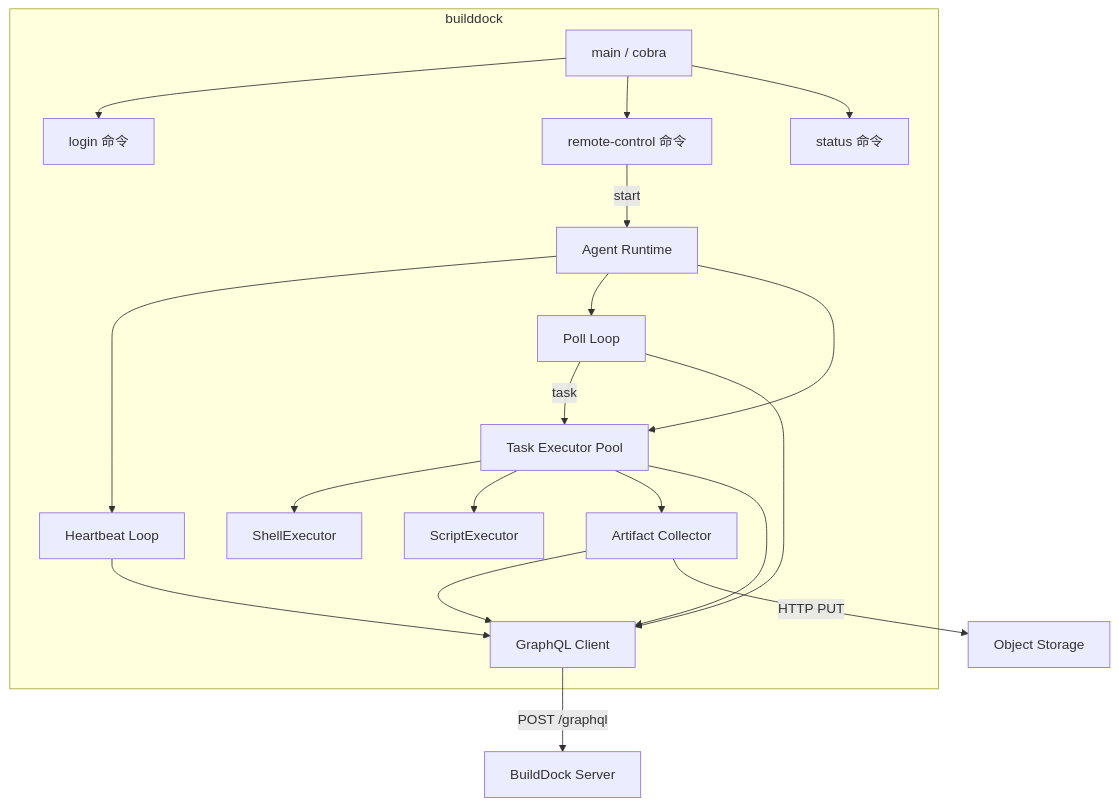
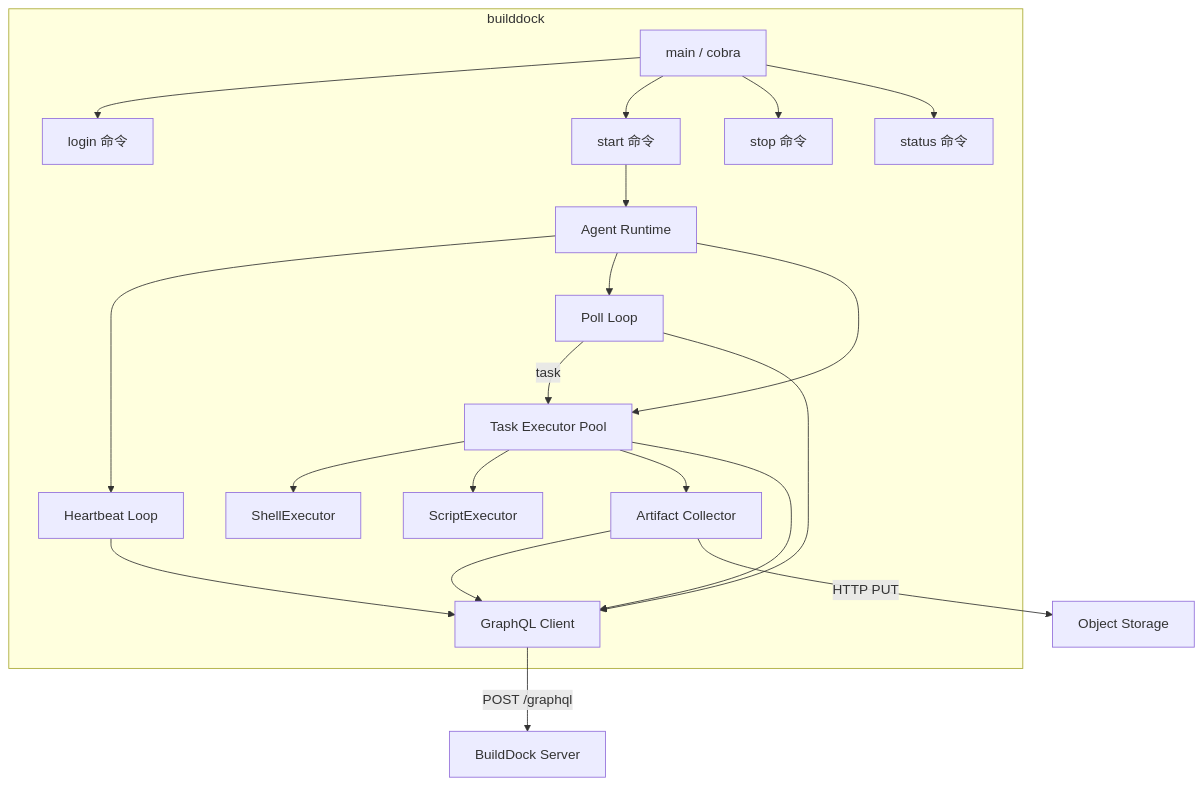
One commit to zhangfenglin/BuildDock changed the first of 2 diagrams in docs/architecture/cli.md. Above: the diagram before and after it, drawn with Mermaid. The commit also changed other lines of this file and 8 other files, not shown here.

First line of the commit message:
docs: 去掉 remote-control 父命令，start/stop 提升为顶层

````diff
--- a/docs/architecture/cli.md
+++ b/docs/architecture/cli.md
@@ -20,26 +20,27 @@
 ```mermaid
 flowchart TB
     subgraph AgentProcess["builddock"]
         Main[main / cobra]
         Main --> Login[login 命令]
-        Main --> RC[remote-control 命令]
+        Main --> Start[start 命令]
+        Main --> Stop[stop 命令]
         Main --> StatusCmd[status 命令]
 
-        RC -->|start| Runtime[Agent Runtime]
+        Start --> Runtime[Agent Runtime]
         Runtime --> HB[Heartbeat Loop]
         Runtime --> Poll[Poll Loop]
         Runtime --> Exec[Task Executor Pool]
 
         Poll -->|task| Exec
         Exec --> Shell[ShellExecutor]
         Exec --> Script[ScriptExecutor]
         Exec --> Art[Artifact Collector]
         Art --> GQL[GraphQL Client]
         HB --> GQL
         Poll --> GQL
         Exec --> GQL
     end
 
     GQL -->|POST /graphql| Server[BuildDock Server]
     Art -->|HTTP PUT| S3[Object Storage]
 ```
````
